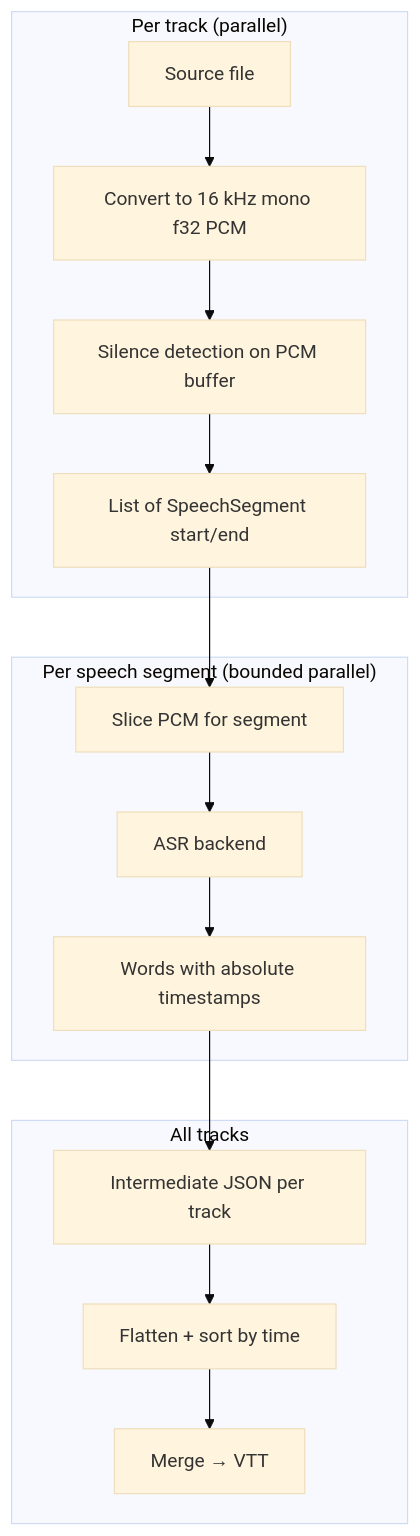
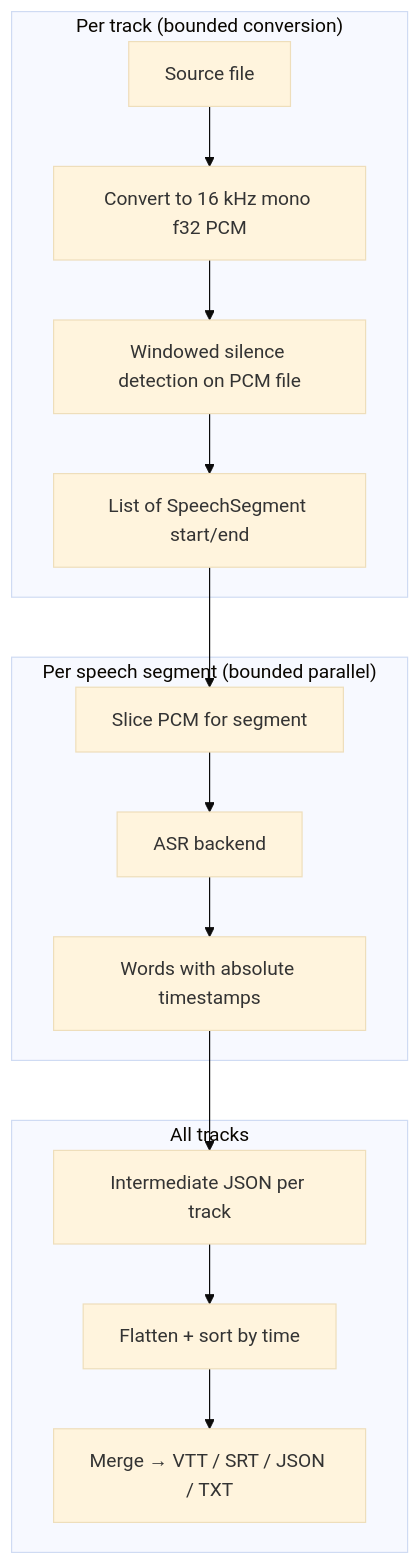
Before and after one commit to heikopanjas/superscribe: the diagram in README.md, drawn with Mermaid (base theme). The commit also changed other lines of this file and 271 other files, not shown here.

````diff
--- a/README.md
+++ b/README.md
@@ -44,18 +44,18 @@
 ```mermaid
 flowchart TB
-  subgraph per_track ["Per track (parallel)"]
+  subgraph per_track ["Per track (bounded conversion)"]
     A[Source file] --> B[Convert to 16 kHz mono f32 PCM]
-    B --> C[Silence detection on PCM buffer]
+    B --> C[Windowed silence detection on PCM file]
     C --> D["List of SpeechSegment start/end"]
   end
   subgraph transcribe ["Per speech segment (bounded parallel)"]
     D --> E[Slice PCM for segment]
     E --> F[ASR backend]
     F --> G[Words with absolute timestamps]
   end
   subgraph merge_phase ["All tracks"]
     G --> H[Intermediate JSON per track]
     H --> I[Flatten + sort by time]
-    I --> J[Merge → VTT]
+    I --> J[Merge → VTT / SRT / JSON / TXT]
   end
 ```
````
